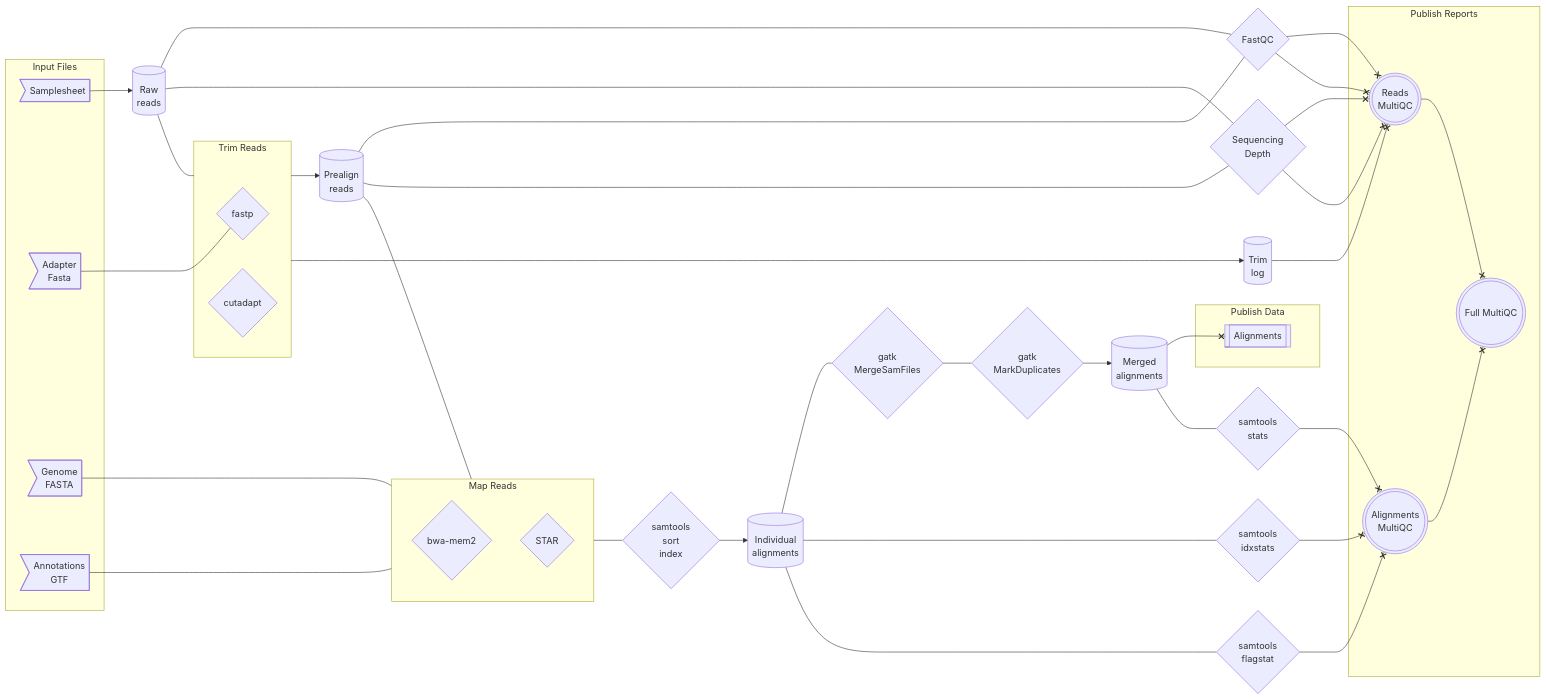
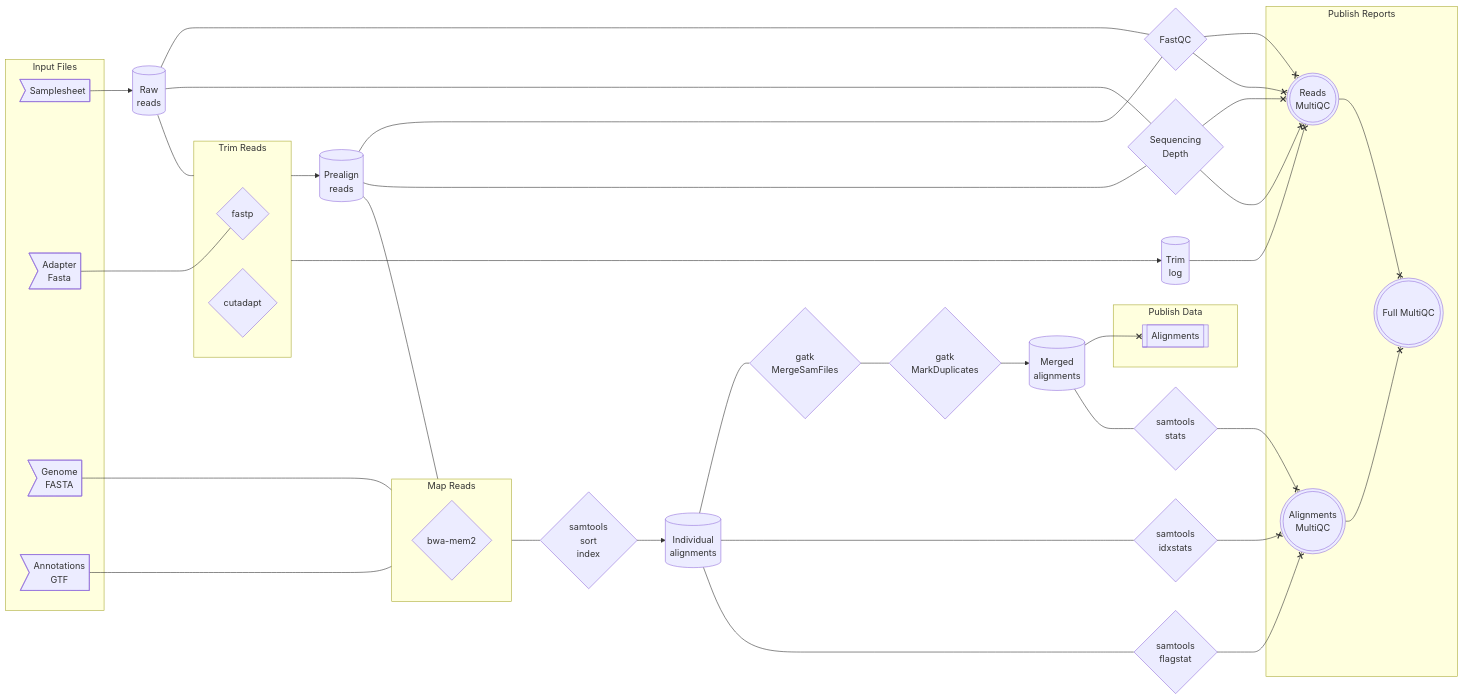
The diagram in README.md (utia-gc/ngs), drawn with Mermaid before and after one commit. The commit also changed 16 other files, not shown here.

```diff
--- a/README.md
+++ b/README.md
@@ -61,7 +61,6 @@
         Depth
     "}
     bwa_mem2{"bwa-mem2"}
-    STAR{"STAR"}
     samtools_sort{"
         samtools
         sort
@@ -101,7 +100,6 @@
     end
     subgraph map_reads["Map Reads"]
     bwa_mem2
-    STAR
     end
     subgraph publish_reports["Publish Reports"]
     reads_mqc
```
